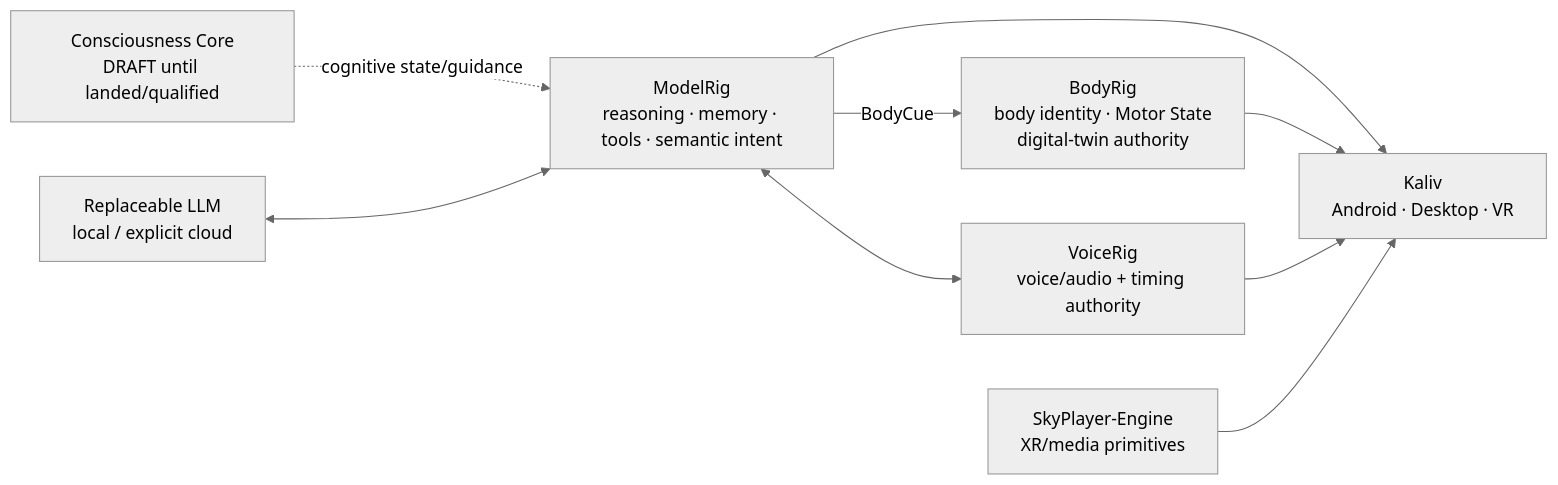
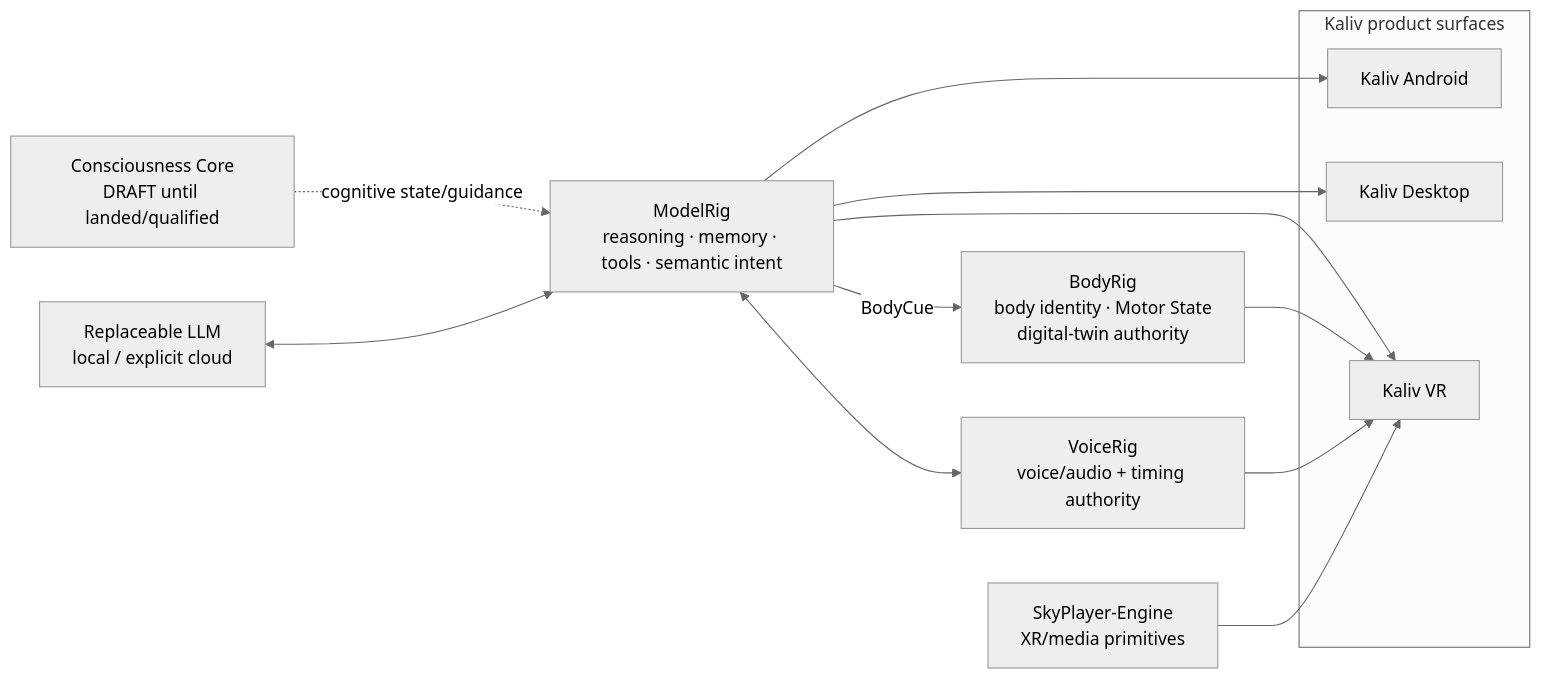
The first of 3 diagrams in README.md (Ternedal/ModelRig), drawn with Mermaid (neutral theme) before and after one commit. The commit also changed other lines of this file, not shown here.

Commit message:
docs: show Kaliv VR explicitly in architecture diagrams

````diff
--- a/README.md
+++ b/README.md
@@ -24,11 +24,18 @@
 ```mermaid
 flowchart LR
     CC["Consciousness Core\nDRAFT until landed/qualified"] -. "cognitive state/guidance" .-> MR["ModelRig\nreasoning · memory · tools · semantic intent"]
     LLM["Replaceable LLM\nlocal / explicit cloud"] <--> MR
     MR -->|BodyCue| BR["BodyRig\nbody identity · Motor State\ndigital-twin authority"]
     MR <--> VR["VoiceRig\nvoice/audio + timing authority"]
-    MR --> K["Kaliv\nAndroid · Desktop · VR"]
-    BR --> K
-    VR --> K
-    SP["SkyPlayer-Engine\nXR/media primitives"] --> K
+    subgraph K["Kaliv product surfaces"]
+        KA["Kaliv Android"]
+        KD["Kaliv Desktop"]
+        KVR["Kaliv VR"]
+    end
+    MR --> KA
+    MR --> KD
+    MR --> KVR
+    BR --> KVR
+    VR --> KVR
+    SP["SkyPlayer-Engine\nXR/media primitives"] --> KVR
 ```
````
